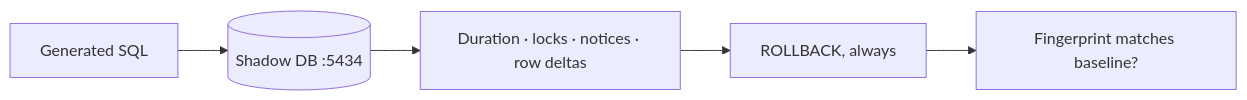
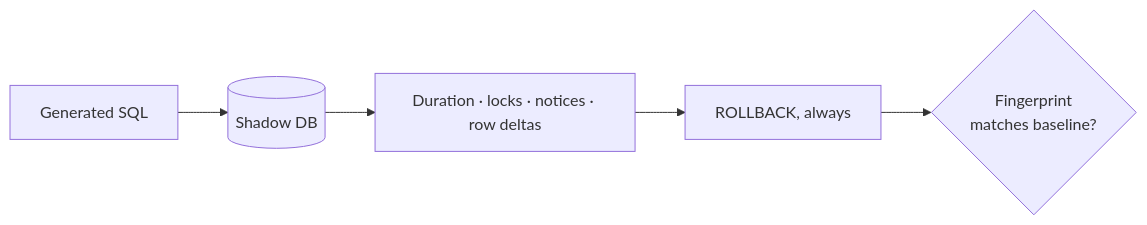
Before and after one commit to harshaxyZ/schemaforge: the first of 7 diagrams in README.md, drawn with Mermaid. The commit also changed other lines of this file and 20 other files, not shown here.

````diff
--- a/README.md
+++ b/README.md
@@ -50,7 +60,7 @@
 ```mermaid
 flowchart LR
-    sql["Generated SQL"] --> shadow[("Shadow DB :5434")]
+    sql["Generated SQL"] --> shadow[("Shadow DB")]
     shadow --> ev["Duration · locks · notices · row deltas"]
     ev --> rb["ROLLBACK, always"]
-    rb --> fp["Fingerprint matches baseline?"]
+    rb --> fp{"Fingerprint<br/>matches baseline?"}
 ```
````
